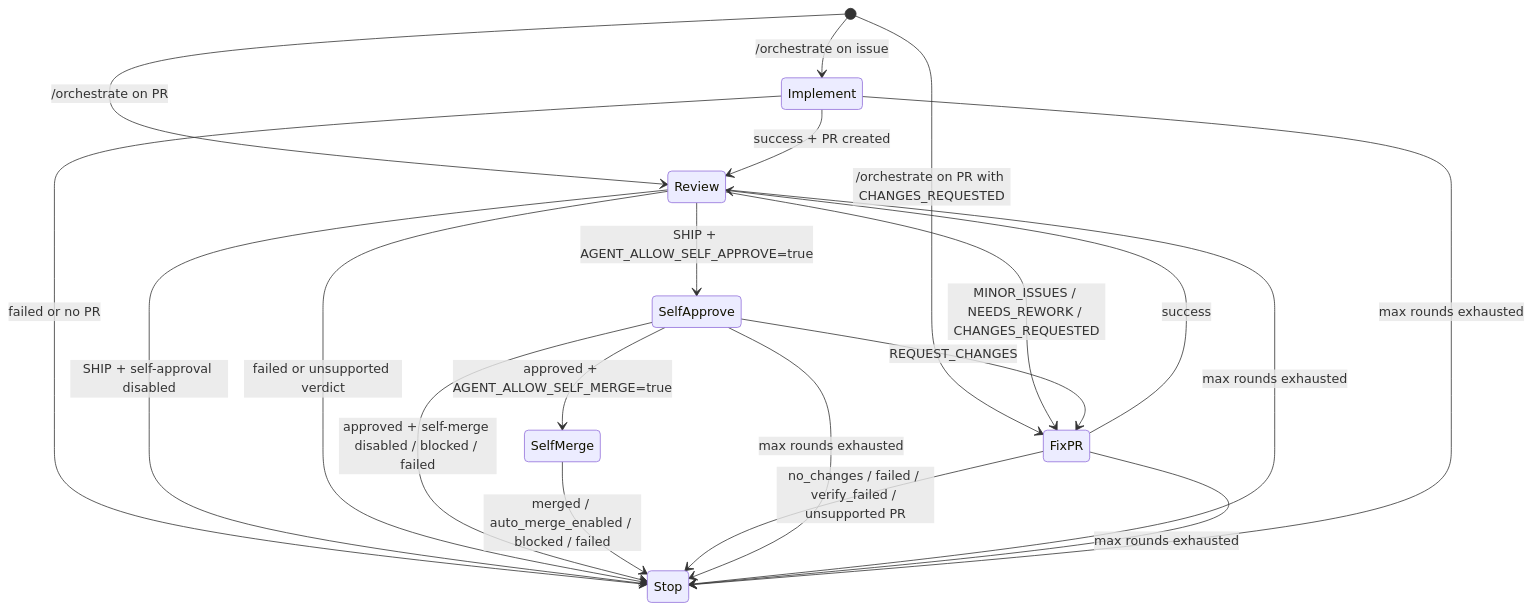
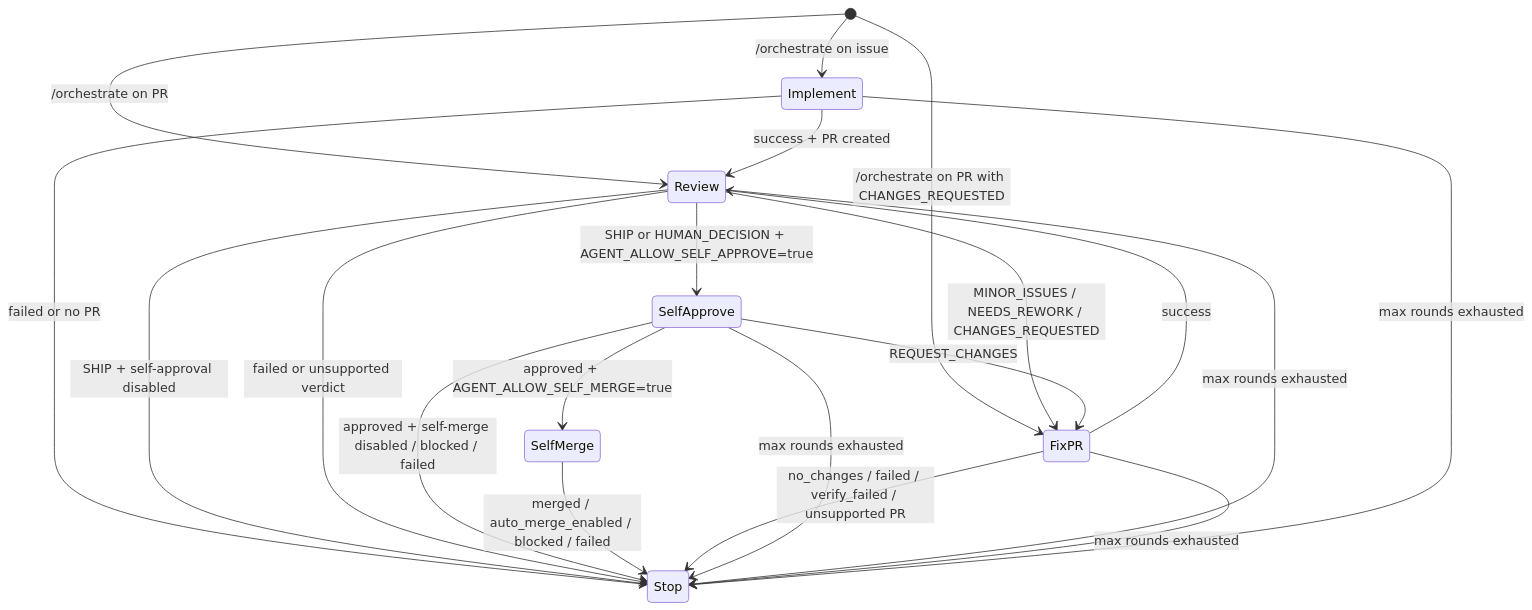
The diagram in .agent/docs/technical-details/agent-orchestrator.md (self-evolving/repo), drawn with Mermaid before and after one commit. The commit also changed other lines of this file and 15 other files, not shown here.

Commit message:
Route human-decision reviews through self-approval

````diff
--- a/.agent/docs/technical-details/agent-orchestrator.md
+++ b/.agent/docs/technical-details/agent-orchestrator.md
@@ -18,27 +18,27 @@
 ```mermaid
 stateDiagram-v2
     [*] --> Implement: /orchestrate on issue
     [*] --> Review: /orchestrate on PR
     [*] --> FixPR: /orchestrate on PR with CHANGES_REQUESTED
 
     Implement --> Review: success + PR created
     Implement --> Stop: failed or no PR
 
-    Review --> SelfApprove: SHIP + AGENT_ALLOW_SELF_APPROVE=true
+    Review --> SelfApprove: SHIP or HUMAN_DECISION + AGENT_ALLOW_SELF_APPROVE=true
     Review --> FixPR: MINOR_ISSUES / NEEDS_REWORK / CHANGES_REQUESTED
     Review --> Stop: SHIP + self-approval disabled
     Review --> Stop: failed or unsupported verdict
 
     SelfApprove --> FixPR: REQUEST_CHANGES
     SelfApprove --> SelfMerge: approved + AGENT_ALLOW_SELF_MERGE=true
     SelfApprove --> Stop: approved + self-merge disabled / blocked / failed
     SelfMerge --> Stop: merged / auto_merge_enabled / blocked / failed
 
     FixPR --> Review: success
     FixPR --> Stop: no_changes / failed / verify_failed / unsupported PR
 
     SelfApprove --> Stop: max rounds exhausted
     Review --> Stop: max rounds exhausted
     FixPR --> Stop: max rounds exhausted
     Implement --> Stop: max rounds exhausted
 ```
````
